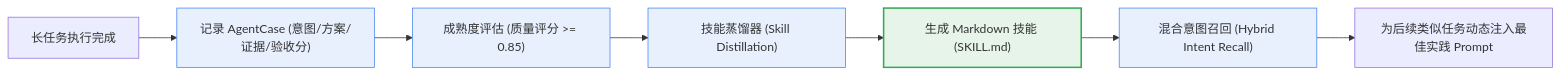
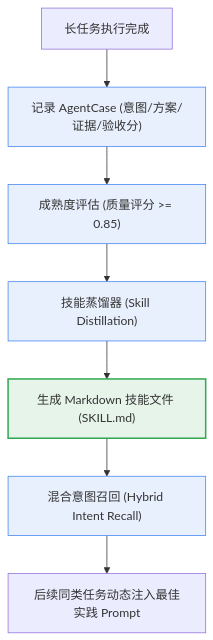
Before and after one commit to caixuf/super-agent: the fourth of 4 diagrams in docs/wiki/03-Multi-Agent-and-StateGraph.md, drawn with Mermaid. The commit also changed other lines of this file and 6 other files, not shown here.

Commit message:
docs(wiki): add _Sidebar navigation, optimize diagram legibility, and add bi-directional chapter navigation

````diff
--- a/docs/wiki/03-Multi-Agent-and-StateGraph.md
+++ b/docs/wiki/03-Multi-Agent-and-StateGraph.md
@@ -166,12 +169,12 @@
 ```mermaid
-graph LR
+graph TD
     classDef step fill:#E8F0FE,stroke:#4285F4,stroke-width:1px;
     classDef skill fill:#E6F4EA,stroke:#34A853,stroke-width:2px;
 
     Task["长任务执行完成"] --> Case["记录 AgentCase (意图/方案/证据/验收分)"]:::step
     Case --> Evaluate["成熟度评估 (质量评分 >= 0.85)"]:::step
     Evaluate --> Distill["技能蒸馏器 (Skill Distillation)"]:::step
-    Distill --> MarkdownSkill["生成 Markdown 技能 (SKILL.md)"]:::skill
+    Distill --> MarkdownSkill["生成 Markdown 技能文件 (SKILL.md)"]:::skill
     MarkdownSkill --> Recall["混合意图召回 (Hybrid Intent Recall)"]:::step
-    Recall --> NextTask["为后续类似任务动态注入最佳实践 Prompt"]
+    Recall --> NextTask["后续同类任务动态注入最佳实践 Prompt"]
 ```
````
